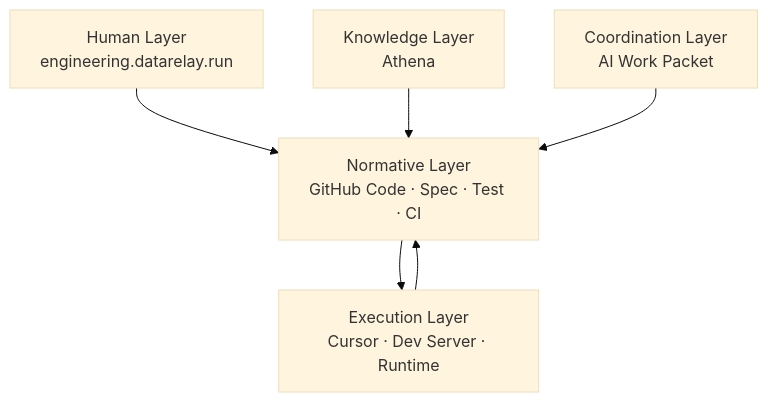
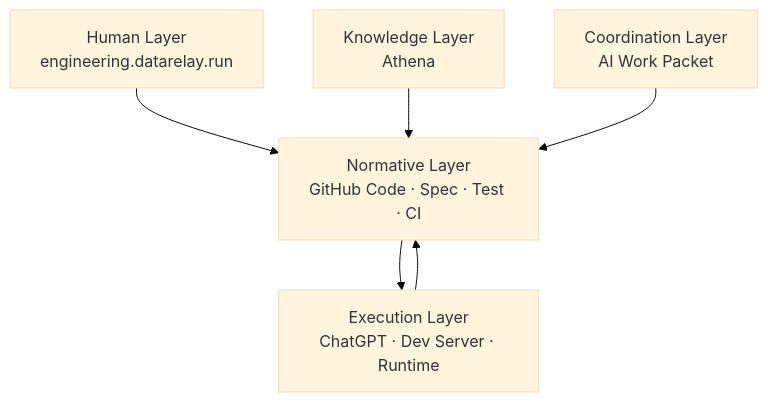
One commit to datarelay-labs/engineering-system-docs changed the first of 2 diagrams in architecture.mdx. Above: the diagram before and after it, drawn with Mermaid (base theme). The commit also changed other lines of this file and 21 other files, not shown here.

Commit message:
docs: make ChatGPT the default implementation path

```diff
--- a/architecture.mdx
+++ b/architecture.mdx
@@ -12,14 +12,14 @@
 ~~~mermaid
 flowchart TB
     H["Human Layer<br/>engineering.datarelay.run"]
     K["Knowledge Layer<br/>Athena"]
     C["Coordination Layer<br/>AI Work Packet"]
     N["Normative Layer<br/>GitHub Code · Spec · Test · CI"]
-    X["Execution Layer<br/>Cursor · Dev Server · Runtime"]
+    X["Execution Layer<br/>ChatGPT · Dev Server · Runtime"]
 
     H --> N
     K --> N
     C --> N
     X --> N
     N --> X
 ~~~
```
